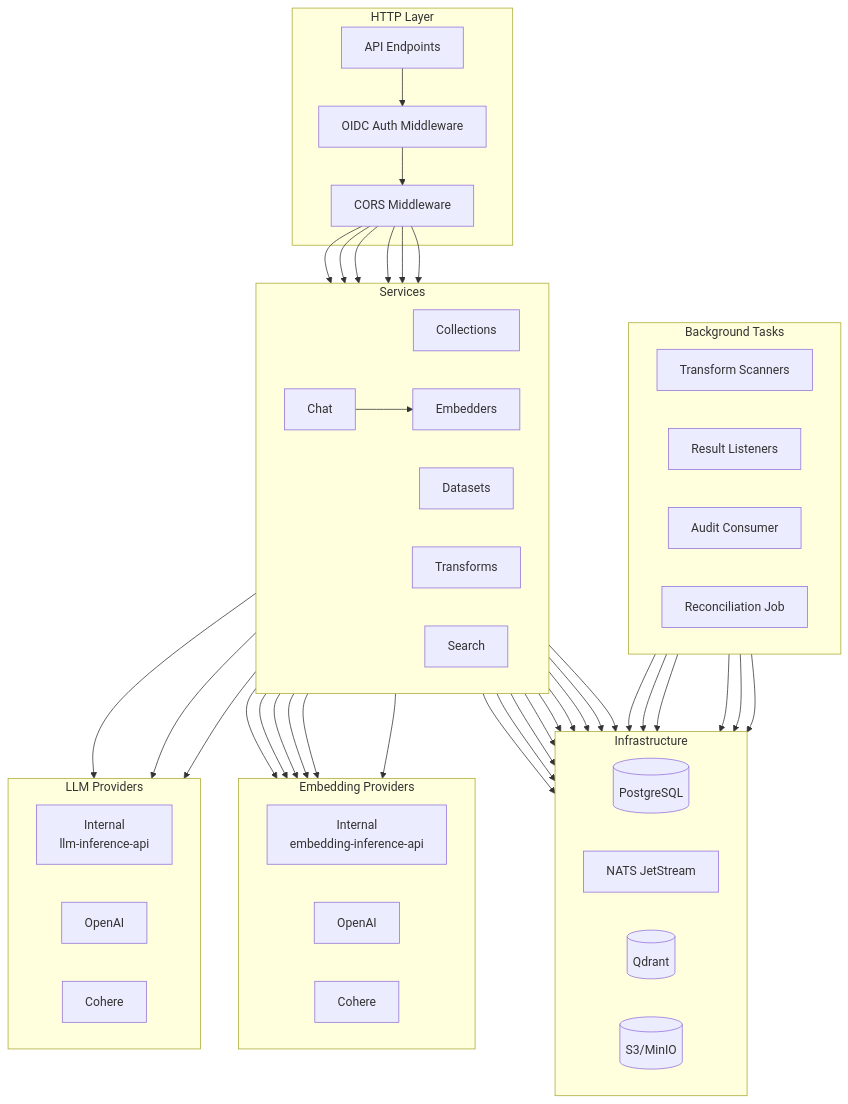
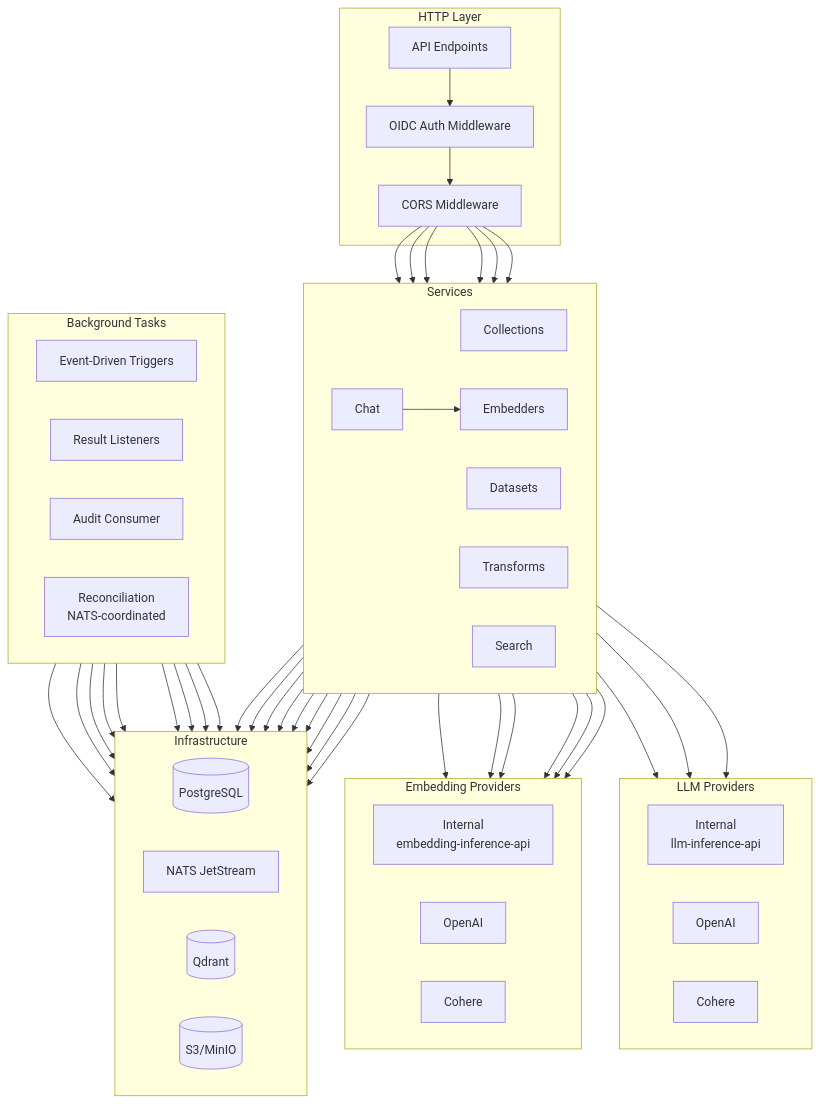
Before and after one commit to FishySoftware/semantic-explorer: the diagram in crates/api/README.md, drawn with Mermaid. The commit also changed other lines of this file and 134 other files, not shown here.

````diff
--- a/crates/api/README.md
+++ b/crates/api/README.md
@@ -37,73 +37,74 @@
 ```mermaid
 graph TD
     subgraph "HTTP Layer"
         API[API Endpoints]
         AUTH[OIDC Auth Middleware]
         CORS[CORS Middleware]
     end
 
     subgraph "Services"
         direction LR
         COLL[Collections]
         DS[Datasets]
         EMB[Embedders]
         TRANS[Transforms]
         SEARCH[Search]
         CHAT[Chat]
     end
 
     subgraph "Background Tasks"
         direction LR
-        SCANNER[Transform Scanners]
+        TRIGGER[Event-Driven Triggers]
         LISTENER[Result Listeners]
         AUDIT[Audit Consumer]
-        RECON[Reconciliation Job]
+        RECON[Reconciliation<br/>NATS-coordinated]
     end
 
     subgraph "Infrastructure"
         direction LR
         PG[(PostgreSQL)]
         NATS[NATS JetStream]
         QD[(Qdrant)]
         S3[(S3/MinIO)]
     end
 
     subgraph "Embedding Providers"
         direction LR
         INT_EMB[Internal<br/>embedding-inference-api]
         OAI_EMB[OpenAI]
         COH_EMB[Cohere]
     end
 
     subgraph "LLM Providers"
         direction LR
         INT_LLM[Internal<br/>llm-inference-api]
         OAI_LLM[OpenAI]
         COH_LLM[Cohere]
     end
 
     API --> AUTH --> CORS
     CORS --> COLL & DS & EMB & TRANS & SEARCH & CHAT
 
     COLL --> PG & S3
     DS --> PG
     EMB --> PG
     TRANS --> NATS & PG
 
     SEARCH --> QD & PG
     SEARCH --> INT_EMB
     SEARCH --> OAI_EMB
     SEARCH --> COH_EMB
 
     CHAT --> QD & EMB
     CHAT --> INT_LLM
     CHAT --> OAI_LLM
     CHAT --> COH_LLM
     CHAT --> INT_EMB
     CHAT --> OAI_EMB
     CHAT --> COH_EMB
 
-    SCANNER --> NATS & PG
+    TRIGGER --> NATS & PG
     LISTENER --> NATS & PG
     AUDIT --> NATS & PG
+    RECON --> NATS & PG & S3
 ```
````
